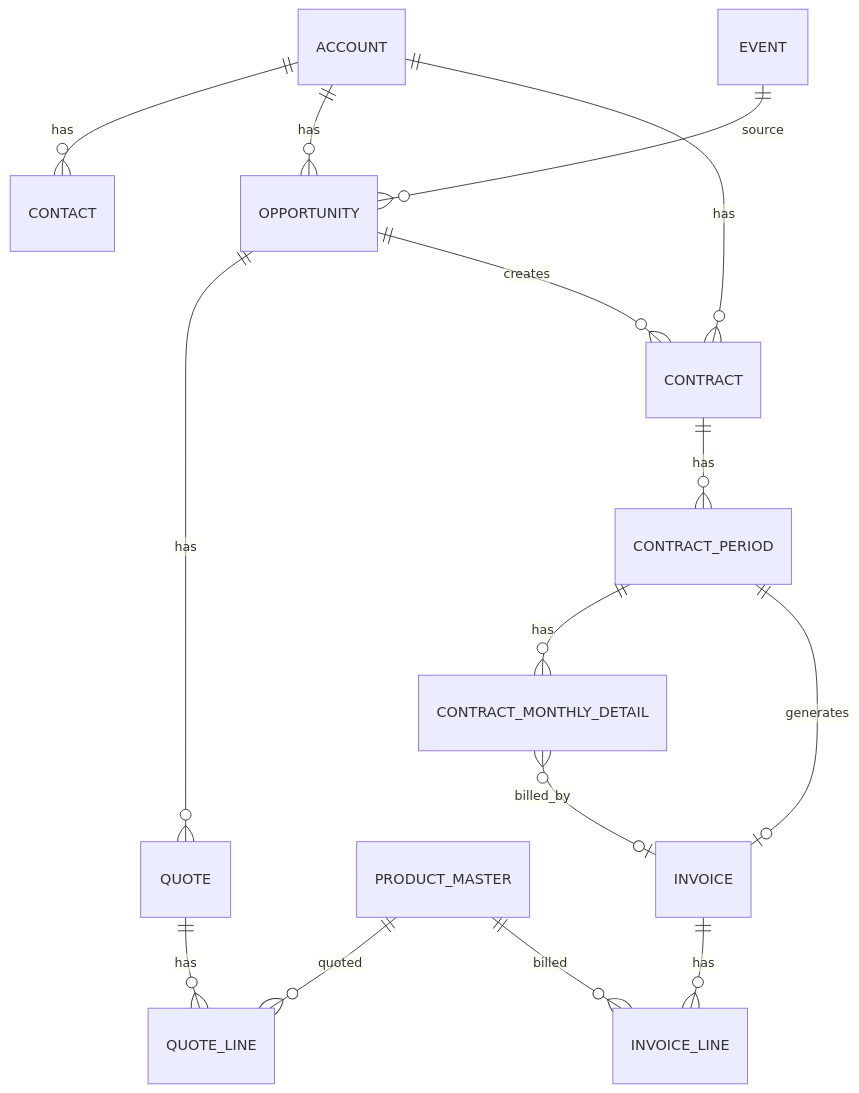
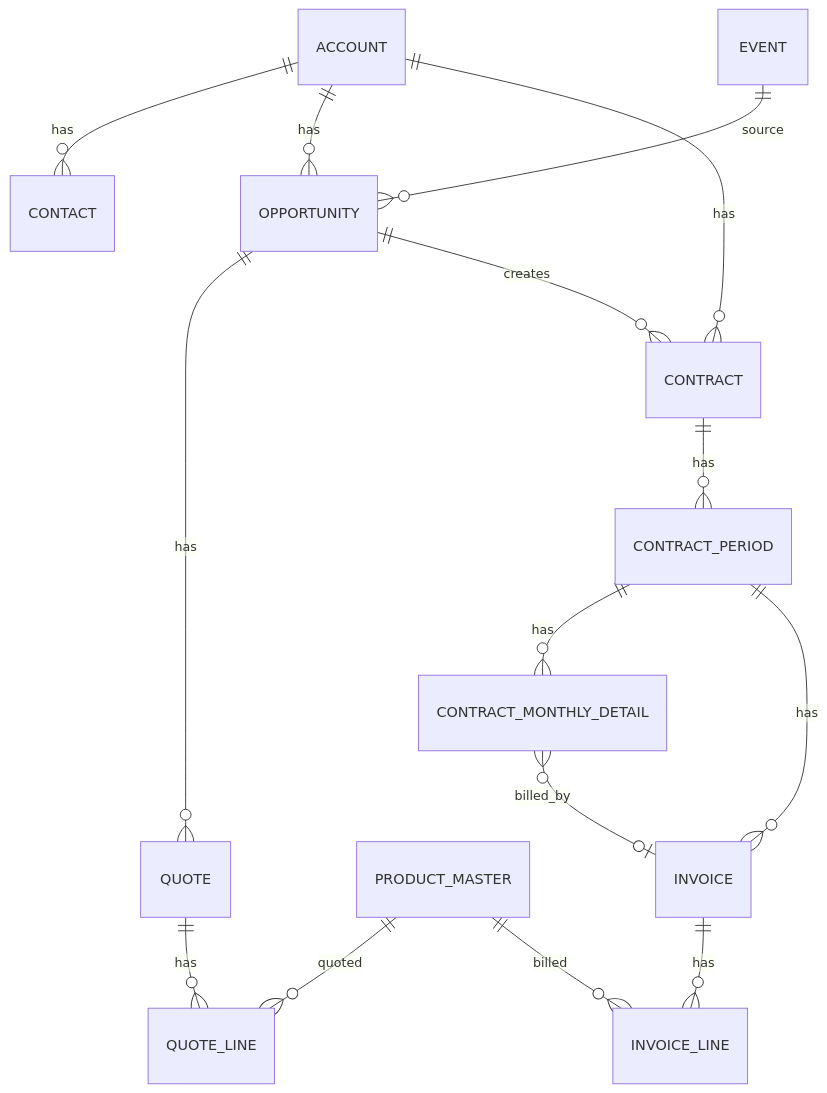
One commit to shusalesforce2024/samurai changed the diagram in docs/contract-billing-requirements.md. Above: the diagram before and after it, drawn with Mermaid. The commit also changed other lines of this file and 66 other files, not shown here.

````diff
--- a/docs/contract-billing-requirements.md
+++ b/docs/contract-billing-requirements.md
@@ -581,25 +581,25 @@
 ```mermaid
 erDiagram
     ACCOUNT ||--o{ CONTACT : has
     ACCOUNT ||--o{ OPPORTUNITY : has
     ACCOUNT ||--o{ CONTRACT : has
 
     EVENT ||--o{ OPPORTUNITY : source
 
     OPPORTUNITY ||--o{ QUOTE : has
     QUOTE ||--o{ QUOTE_LINE : has
 
     PRODUCT_MASTER ||--o{ QUOTE_LINE : quoted
     PRODUCT_MASTER ||--o{ INVOICE_LINE : billed
 
     OPPORTUNITY ||--o{ CONTRACT : creates
 
     CONTRACT ||--o{ CONTRACT_PERIOD : has
 
     CONTRACT_PERIOD ||--o{ CONTRACT_MONTHLY_DETAIL : has
-    CONTRACT_PERIOD ||--o| INVOICE : generates
+    CONTRACT_PERIOD ||--o{ INVOICE : has
 
     CONTRACT_MONTHLY_DETAIL }o--o| INVOICE : billed_by
 
     INVOICE ||--o{ INVOICE_LINE : has
 ```
````
